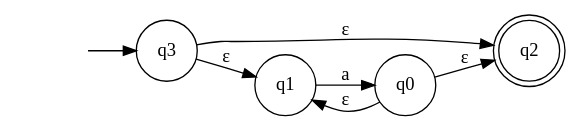
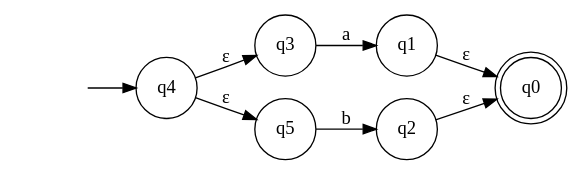
The diagram in graphex/nfa.gv (CallahanK/Graphex-Regex), drawn with Graphviz before and after one commit. The commit also changed 23 other files, not shown here.

```diff
--- a/graphex/nfa.gv
+++ b/graphex/nfa.gv
@@ -1,12 +1,13 @@
 digraph NFA { 
 rankdir=LR; 
 node [ shape = none]; ""; 
-node [ shape = doublecircle]; q2; 
+node [ shape = doublecircle]; q0; 
 node [ shape = circle];
-"" -> q3;
-q3 -> q1 [ label = "ε" ];
-q3 -> q2 [ label = "ε" ];
-q1 -> q0 [ label = "a" ];
-q0 -> q1 [ label = "ε" ];
-q0 -> q2 [ label = "ε" ];
+"" -> q4;
+q4 -> q3 [ label = "ε" ];
+q4 -> q5 [ label = "ε" ];
+q3 -> q1 [ label = "a" ];
+q1 -> q0 [ label = "ε" ];
+q5 -> q2 [ label = "b" ];
+q2 -> q0 [ label = "ε" ];
 }
```
